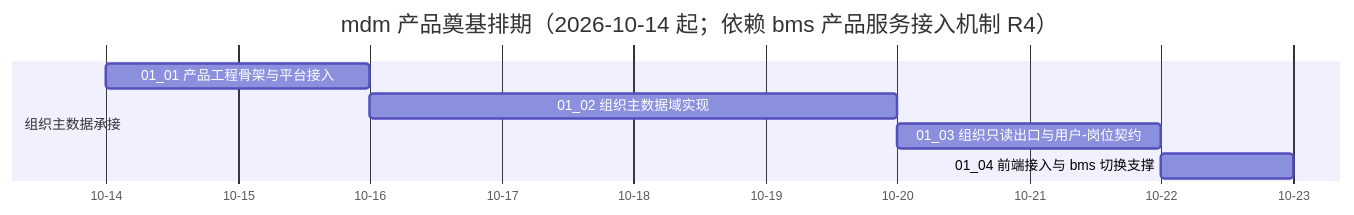
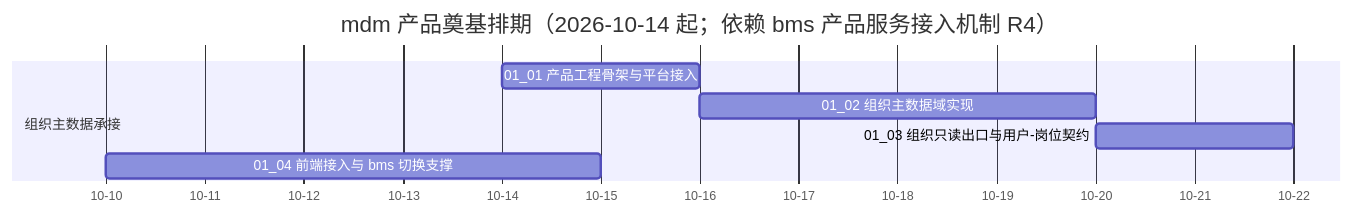
One commit to minjian123/master-data-management changed the diagram in mdm文档/项目/01_mdm 产品奠基/计划/01_计划_mdm产品奠基.md. Above: the diagram before and after it, drawn with Mermaid. The commit also changed other lines of this file and 5 other files, not shown here.

````diff
--- a/mdm文档/项目/01_mdm 产品奠基/计划/01_计划_mdm产品奠基.md
+++ b/mdm文档/项目/01_mdm 产品奠基/计划/01_计划_mdm产品奠基.md
@@ -34,11 +35,11 @@
 ```mermaid
 gantt
     title mdm 产品奠基排期（2026-10-14 起；依赖 bms 产品服务接入机制 R4）
     dateFormat  YYYY-MM-DD
     axisFormat %m-%d
     section 组织主数据承接
     01_01 产品工程骨架与平台接入 :m0101, 2026-10-14, 2d
     01_02 组织主数据域实现 :m0102, 2026-10-16, 4d
     01_03 组织只读出口与用户-岗位契约 :m0103, 2026-10-20, 2d
-    01_04 前端接入与 bms 切换支撑 :m0104, 2026-10-22, 1d
+    01_04 前端接入与 bms 切换支撑 :m0104, 2026-10-10, 5d
 ```
````
